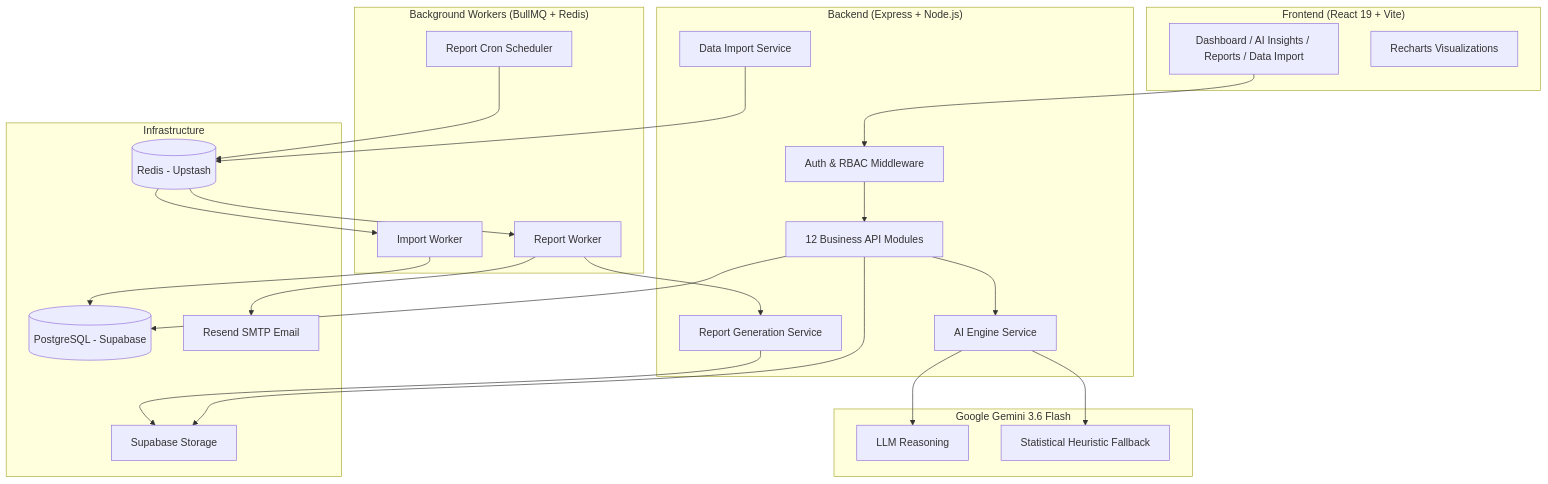
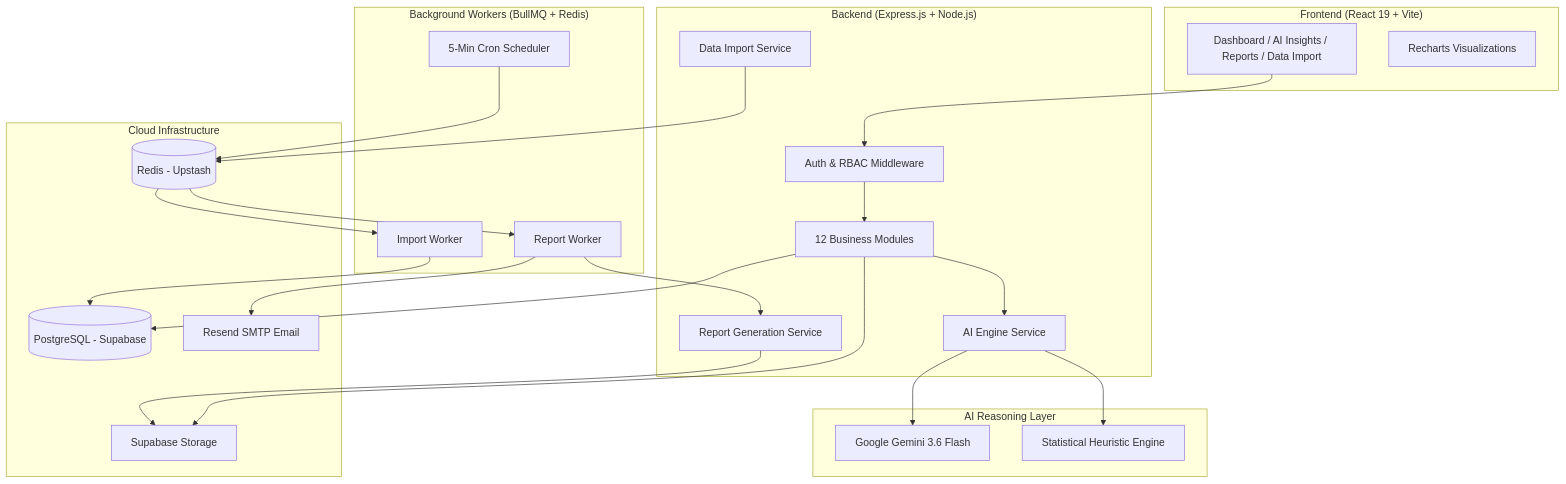
Before and after one commit to souvikx18/DecisionOS: the diagram in README.MD, drawn with Mermaid. The commit also changed other lines of this file, not shown here.

````diff
--- a/README.MD
+++ b/README.MD
@@ -99,44 +113,44 @@
 ```mermaid
 flowchart TD
     subgraph Client["Frontend (React 19 + Vite)"]
         UI[Dashboard / AI Insights / Reports / Data Import]
         Charts[Recharts Visualizations]
     end
 
-    subgraph API["Backend (Express + Node.js)"]
+    subgraph API["Backend (Express.js + Node.js)"]
         Auth[Auth & RBAC Middleware]
-        Modules[12 Business API Modules]
+        Modules[12 Business Modules]
         AIEngine[AI Engine Service]
         ImportSvc[Data Import Service]
         ReportSvc[Report Generation Service]
     end
 
     subgraph Workers["Background Workers (BullMQ + Redis)"]
         ImportWorker[Import Worker]
         ReportWorker[Report Worker]
-        ReportScheduler[Report Cron Scheduler]
+        ReportScheduler[5-Min Cron Scheduler]
     end
 
-    subgraph AI["Google Gemini 3.6 Flash"]
-        Gemini[LLM Reasoning]
-        Fallback[Statistical Heuristic Fallback]
+    subgraph AI["AI Reasoning Layer"]
+        Gemini[Google Gemini 3.6 Flash]
+        Fallback[Statistical Heuristic Engine]
     end
 
-    subgraph Infra["Infrastructure"]
+    subgraph Infra["Cloud Infrastructure"]
         PG[(PostgreSQL - Supabase)]
         Redis[(Redis - Upstash)]
         Storage[Supabase Storage]
         Email[Resend SMTP Email]
     end
 
     UI --> Auth --> Modules
     Modules --> PG
     Modules --> AIEngine
     AIEngine --> Gemini
     AIEngine --> Fallback
     ImportSvc --> Redis --> ImportWorker --> PG
     ReportSvc --> Storage
     ReportScheduler --> Redis --> ReportWorker --> ReportSvc
     ReportWorker --> Email
     Modules --> Storage
 ```
````
